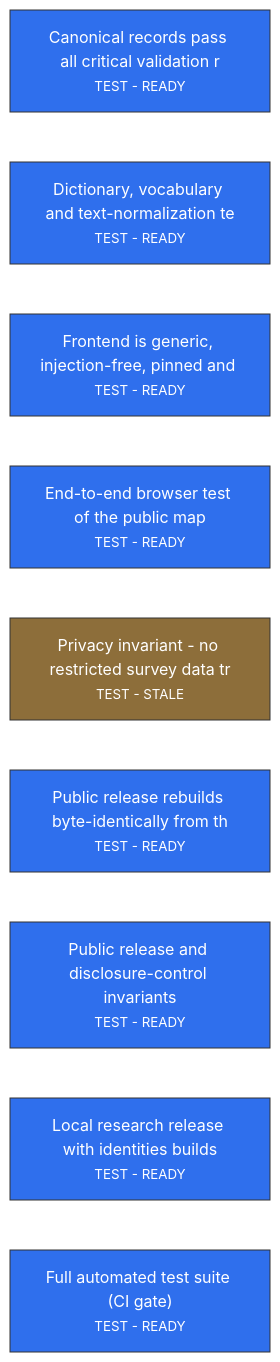
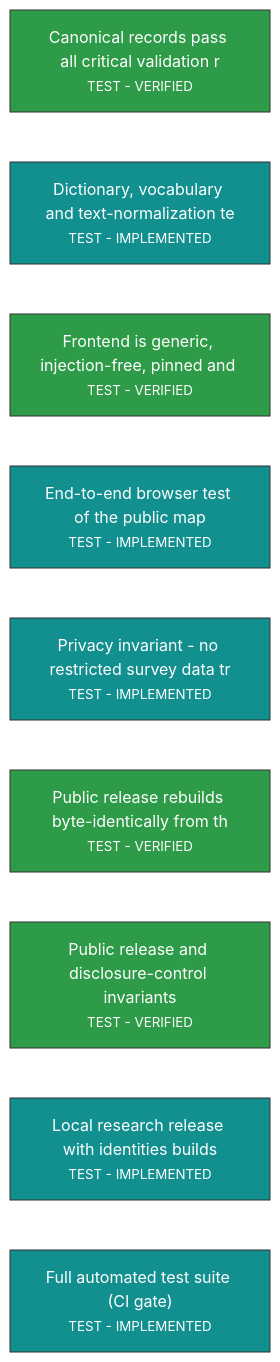
The diagram in .projectgraph/views/verification.mmd (ESDUaub2025/Resolve-Mapping), drawn with Mermaid before and after one commit. The commit also changed 19 other files, not shown here.

```diff
--- a/.projectgraph/views/verification.mmd
+++ b/.projectgraph/views/verification.mmd
@@ -1,22 +1,22 @@
 flowchart LR
-    TST_CANONICAL_VALID["Canonical records pass all critical validation r<br/><small>TEST - READY</small>"]
-    TST_DICTIONARY["Dictionary, vocabulary and text-normalization te<br/><small>TEST - READY</small>"]
-    TST_FRONTEND["Frontend is generic, injection-free, pinned and <br/><small>TEST - READY</small>"]
-    TST_MAP_E2E["End-to-end browser test of the public map<br/><small>TEST - READY</small>"]
-    TST_NO_RESTRICTED_DATA_TRACKED["Privacy invariant - no restricted survey data tr<br/><small>TEST - STALE</small>"]
-    TST_PIPELINE_REPRODUCIBLE["Public release rebuilds byte-identically from th<br/><small>TEST - READY</small>"]
-    TST_PUBLIC_RELEASE["Public release and disclosure-control invariants<br/><small>TEST - READY</small>"]
-    TST_RESEARCH_TIER["Local research release with identities builds<br/><small>TEST - READY</small>"]
-    TST_TEST_SUITE["Full automated test suite (CI gate)<br/><small>TEST - READY</small>"]
+    TST_CANONICAL_VALID["Canonical records pass all critical validation r<br/><small>TEST - VERIFIED</small>"]
+    TST_DICTIONARY["Dictionary, vocabulary and text-normalization te<br/><small>TEST - IMPLEMENTED</small>"]
+    TST_FRONTEND["Frontend is generic, injection-free, pinned and <br/><small>TEST - VERIFIED</small>"]
+    TST_MAP_E2E["End-to-end browser test of the public map<br/><small>TEST - IMPLEMENTED</small>"]
+    TST_NO_RESTRICTED_DATA_TRACKED["Privacy invariant - no restricted survey data tr<br/><small>TEST - IMPLEMENTED</small>"]
+    TST_PIPELINE_REPRODUCIBLE["Public release rebuilds byte-identically from th<br/><small>TEST - VERIFIED</small>"]
+    TST_PUBLIC_RELEASE["Public release and disclosure-control invariants<br/><small>TEST - VERIFIED</small>"]
+    TST_RESEARCH_TIER["Local research release with identities builds<br/><small>TEST - IMPLEMENTED</small>"]
+    TST_TEST_SUITE["Full automated test suite (CI gate)<br/><small>TEST - IMPLEMENTED</small>"]
     classDef declared fill:#9e9e9e,stroke:#333,stroke-width:1px,color:#333333;
     classDef ready fill:#2f6fed,stroke:#333,stroke-width:1px,color:#ffffff;
     classDef active fill:#e6b400,stroke:#333,stroke-width:1px,color:#ffffff;
     classDef implemented fill:#128f8f,stroke:#333,stroke-width:1px,color:#ffffff;
     classDef verifying fill:#f08c00,stroke:#333,stroke-width:1px,color:#ffffff;
     classDef verified fill:#2e9b48,stroke:#333,stroke-width:1px,color:#ffffff;
     classDef failed fill:#d32f2f,stroke:#333,stroke-width:1px,color:#ffffff;
     classDef blocked fill:#7b3fbf,stroke:#333,stroke-width:1px,color:#ffffff;
     classDef stale fill:#8d6e3a,stroke:#333,stroke-width:1px,color:#ffffff;
     classDef superseded fill:#c9c9c9,stroke:#333,stroke-width:1px,color:#333333;
-    class TST_CANONICAL_VALID,TST_DICTIONARY,TST_FRONTEND,TST_MAP_E2E,TST_PIPELINE_REPRODUCIBLE,TST_PUBLIC_RELEASE,TST_RESEARCH_TIER,TST_TEST_SUITE ready;
-    class TST_NO_RESTRICTED_DATA_TRACKED stale;
+    class TST_DICTIONARY,TST_MAP_E2E,TST_NO_RESTRICTED_DATA_TRACKED,TST_RESEARCH_TIER,TST_TEST_SUITE implemented;
+    class TST_CANONICAL_VALID,TST_FRONTEND,TST_PIPELINE_REPRODUCIBLE,TST_PUBLIC_RELEASE verified;
```
